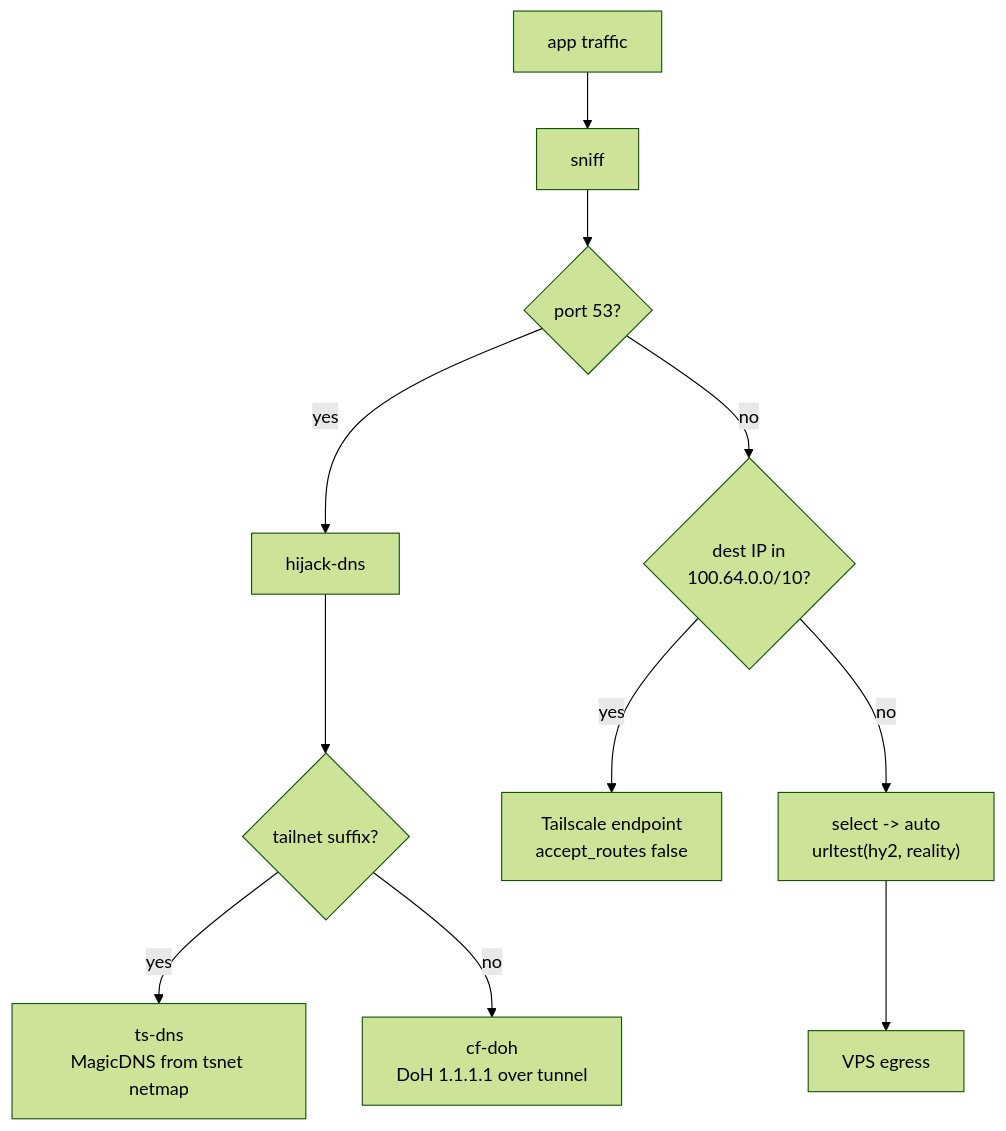
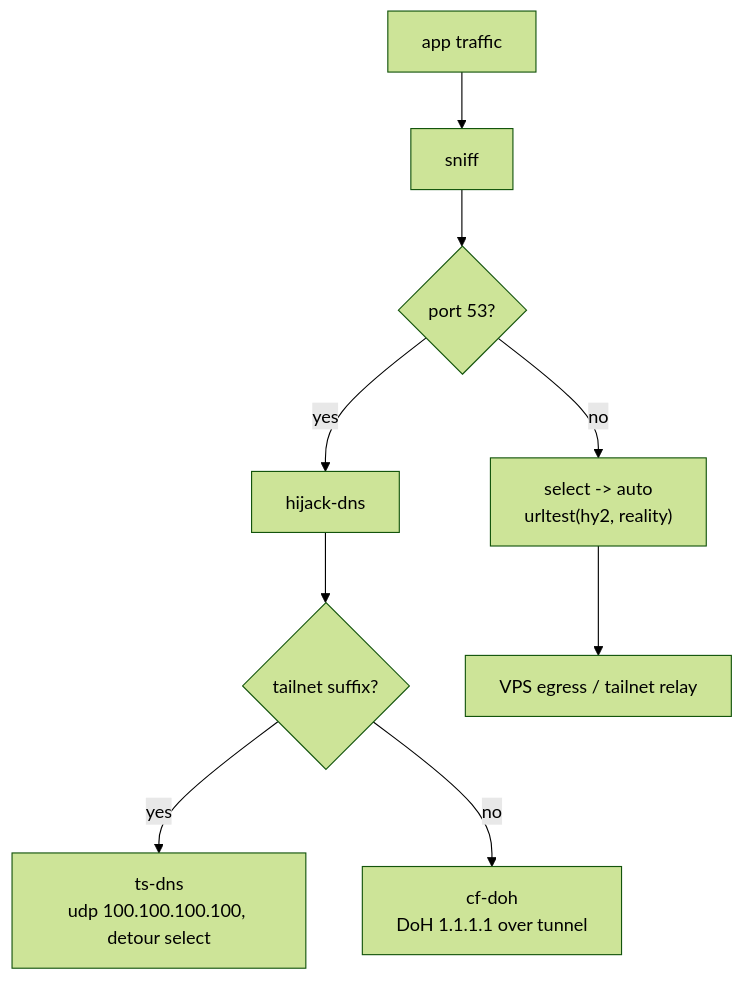
Before and after one commit to radiosilence/jaritanet: the third of 4 diagrams in docs/architecture.md, drawn with Mermaid (forest theme). The commit also changed other lines of this file and 9 other files, not shown here.

First line of the commit message:
feat(gateway): tailnet relay for censorship-resistant 100.x (#61)

````diff
--- a/docs/architecture.md
+++ b/docs/architecture.md
@@ -123,13 +123,11 @@
 ```mermaid
 flowchart TD
     APP["app traffic"] --> SNIFF["sniff"]
     SNIFF --> DNSQ{"port 53?"}
     DNSQ -->|yes| HIJACK["hijack-dns"]
     HIJACK --> RESOLVE{"tailnet suffix?"}
-    RESOLVE -->|yes| TSDNS["ts-dns<br/>MagicDNS from tsnet netmap"]
+    RESOLVE -->|yes| TSDNS["ts-dns<br/>udp 100.100.100.100, detour select"]
     RESOLVE -->|no| DOH["cf-doh<br/>DoH 1.1.1.1 over tunnel"]
-    DNSQ -->|no| DEST{"dest IP in<br/>100.64.0.0/10?"}
-    DEST -->|yes| TS["Tailscale endpoint<br/>accept_routes false"]
-    DEST -->|no| SEL["select -> auto<br/>urltest(hy2, reality)"]
-    SEL --> VPS["VPS egress"]
+    DNSQ -->|no| SEL["select -> auto<br/>urltest(hy2, reality)"]
+    SEL --> VPS["VPS egress / tailnet relay"]
 ```
````
